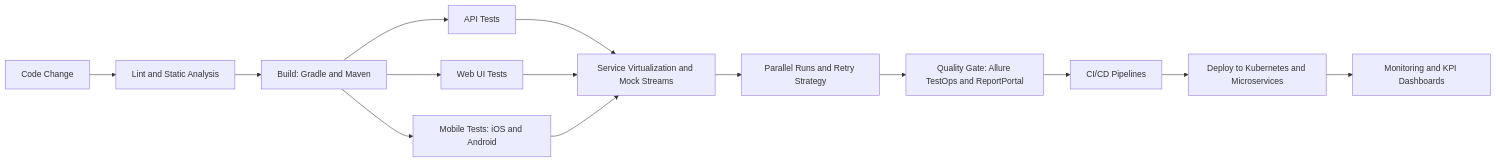
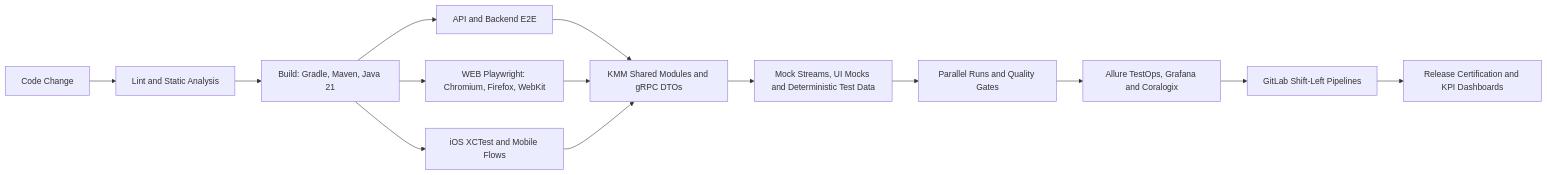
The diagram in README.md (YauheniPo/YauheniPo), drawn with Mermaid before and after one commit. The commit also changed other lines of this file, not shown here.

````diff
--- a/README.md
+++ b/README.md
@@ -77,16 +82,16 @@
 ```mermaid
 flowchart LR
     A[Code Change] --> B[Lint and Static Analysis]
-    B --> C[Build: Gradle and Maven]
-    C --> D[API Tests]
-    C --> E[Web UI Tests]
-    C --> F[Mobile Tests: iOS and Android]
-    D --> G[Service Virtualization and Mock Streams]
+    B --> C[Build: Gradle, Maven, Java 21]
+    C --> D[API and Backend E2E]
+    C --> E[WEB Playwright: Chromium, Firefox, WebKit]
+    C --> F[iOS XCTest and Mobile Flows]
+    D --> G[KMM Shared Modules and gRPC DTOs]
     E --> G
     F --> G
-    G --> H[Parallel Runs and Retry Strategy]
-    H --> I[Quality Gate: Allure TestOps and ReportPortal]
-    I --> J[CI/CD Pipelines]
-    J --> K[Deploy to Kubernetes and Microservices]
-    K --> L[Monitoring and KPI Dashboards]
+    G --> H[Mock Streams, UI Mocks and Deterministic Test Data]
+    H --> I[Parallel Runs and Quality Gates]
+    I --> J[Allure TestOps, Grafana and Coralogix]
+    J --> K[GitLab Shift-Left Pipelines]
+    K --> L[Release Certification and KPI Dashboards]
 ```
````
